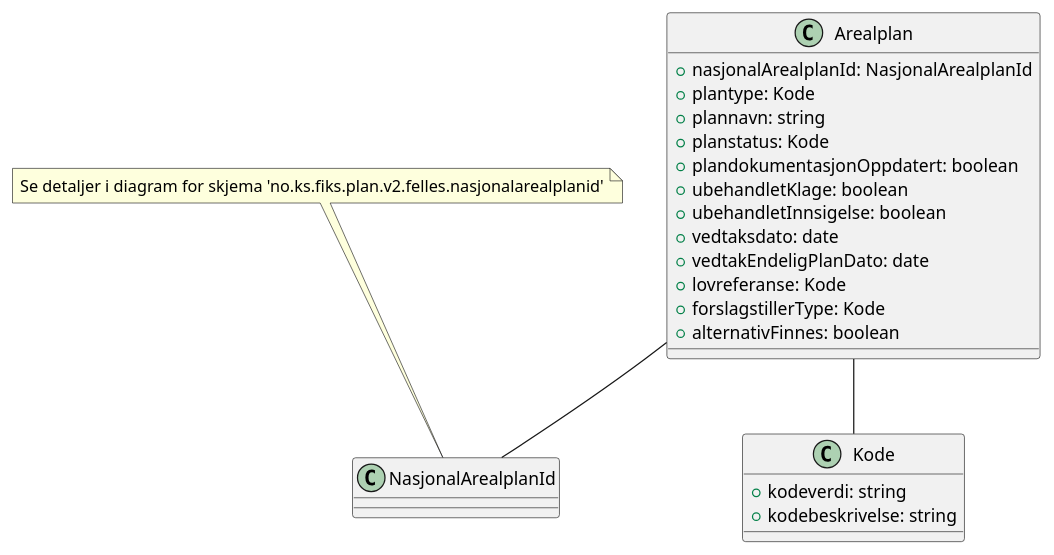
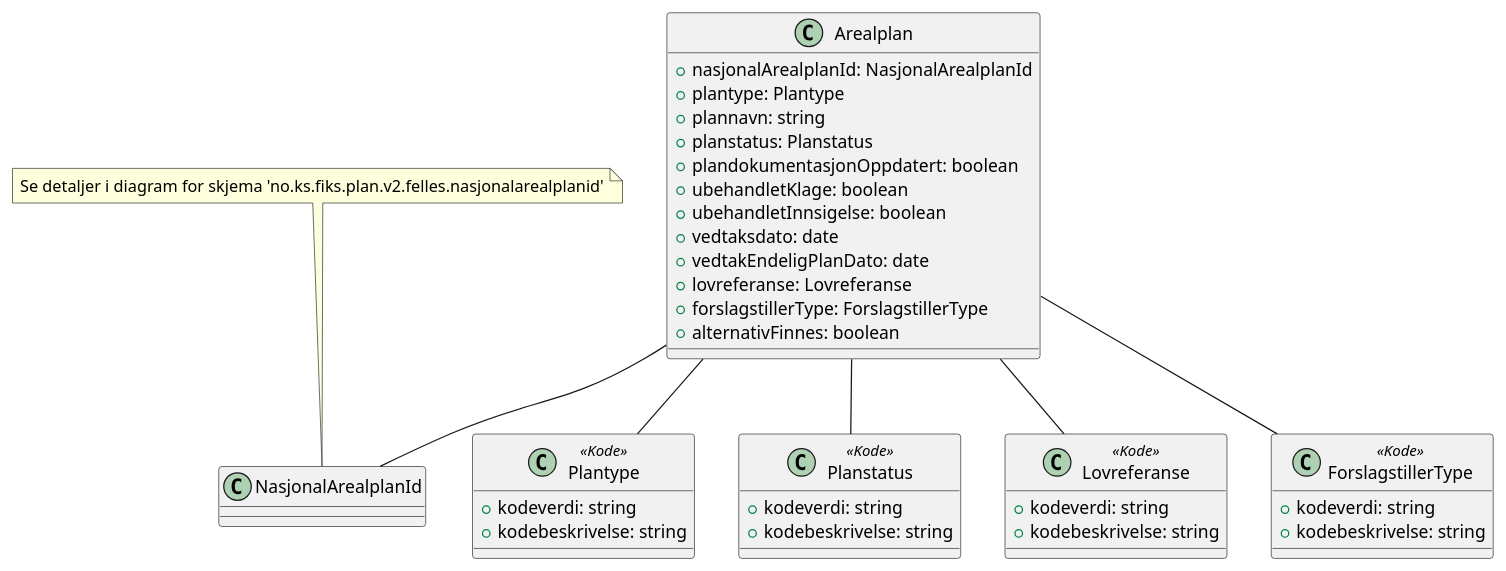
One commit to ks-no/fiks-plan-specification changed the diagram in Dokumentasjon/V2/SchemaModels/no.ks.fiks.plan.v2.felles.arealplan/arealplan.pu. Above: the diagram before and after it, drawn with PlantUML. The commit also changed 25 other files, not shown here.

```diff
--- a/Dokumentasjon/V2/SchemaModels/no.ks.fiks.plan.v2.felles.arealplan/arealplan.pu
+++ b/Dokumentasjon/V2/SchemaModels/no.ks.fiks.plan.v2.felles.arealplan/arealplan.pu
@@ -1,27 +1,45 @@
 @startuml
 class Arealplan {
     +nasjonalArealplanId: NasjonalArealplanId
-    +plantype: Kode
+    +plantype: Plantype
     +plannavn: string
-    +planstatus: Kode
+    +planstatus: Planstatus
     +plandokumentasjonOppdatert: boolean
     +ubehandletKlage: boolean
     +ubehandletInnsigelse: boolean
     +vedtaksdato: date
     +vedtakEndeligPlanDato: date
-    +lovreferanse: Kode
-    +forslagstillerType: Kode
+    +lovreferanse: Lovreferanse
+    +forslagstillerType: ForslagstillerType
     +alternativFinnes: boolean
 }
 
 Arealplan -- NasjonalArealplanId
-Arealplan -- Kode
+Arealplan -- Plantype
+Arealplan -- Planstatus
+Arealplan -- Lovreferanse
+Arealplan -- ForslagstillerType
 
 note top of NasjonalArealplanId : Se detaljer i diagram for skjema 'no.ks.fiks.plan.v2.felles.nasjonalarealplanid'
 
-class Kode {
+class Plantype <<Kode>> {
+    +kodeverdi: string
+    +kodebeskrivelse: string
+}
+
+class Planstatus <<Kode>> {
+    +kodeverdi: string
+    +kodebeskrivelse: string
+}
+
+class Lovreferanse <<Kode>> {
+    +kodeverdi: string
+    +kodebeskrivelse: string
+}
+
+class ForslagstillerType <<Kode>>{
     +kodeverdi: string
     +kodebeskrivelse: string
 }
 
 @enduml
```
